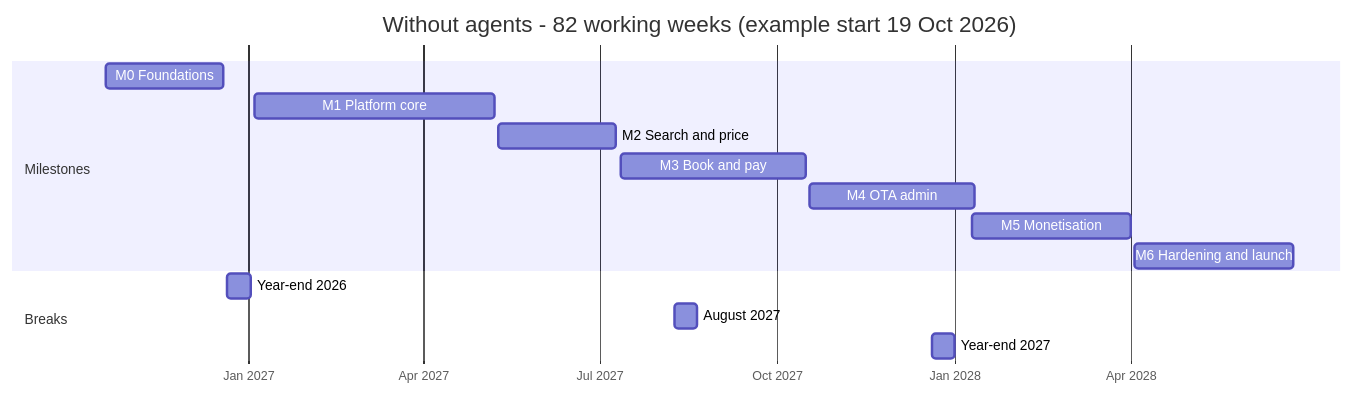
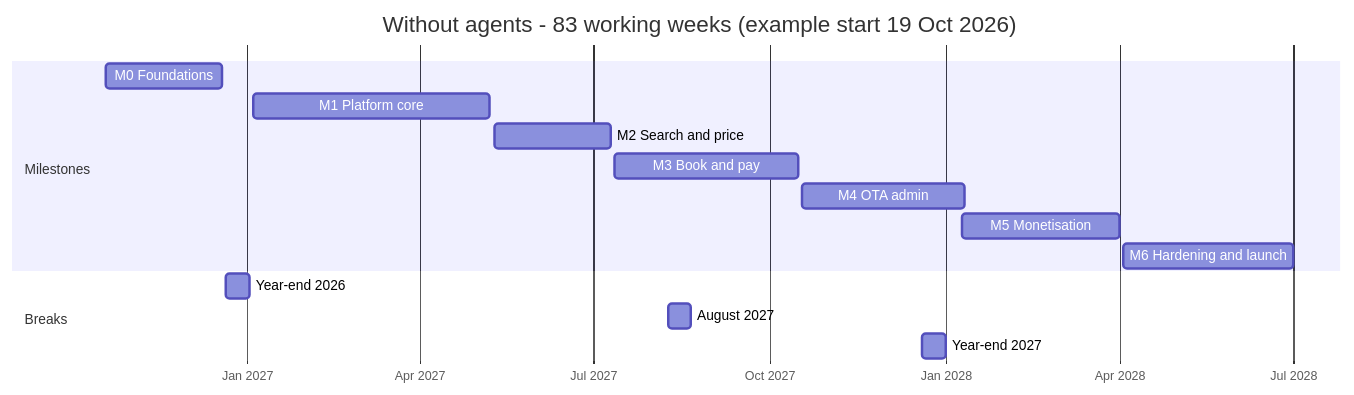
Before and after one commit to bhagwati-prasad/velexis-ota: the second of 3 diagrams in docs/mvp/plans/roadmap.md, drawn with Mermaid. The commit also changed other lines of this file and 30 other files, not shown here.

First line of the commit message:
fix: move X-043 after launch and plan this wave's new tasks, keep secrets out of Caddy's error log and unit start, name the WAF's argument refusal, and test the security-log units in CI

````diff
--- a/docs/mvp/plans/roadmap.md
+++ b/docs/mvp/plans/roadmap.md
@@ -150,18 +156,18 @@
 ```mermaid
 gantt
-  title Without agents - 82 working weeks (example start 19 Oct 2026)
+  title Without agents - 83 working weeks (example start 19 Oct 2026)
   dateFormat YYYY-MM-DD
   axisFormat %b %Y
   section Milestones
   M0 Foundations          :n0, 2026-10-19, 2026-12-19
   M1 Platform core        :n1, 2027-01-04, 2027-05-08
   M2 Search and price     :n2, 2027-05-10, 2027-07-10
   M3 Book and pay         :n3, 2027-07-12, 2027-10-16
   M4 OTA admin            :n4, 2027-10-18, 2028-01-11
   M5 Monetisation         :n5, 2028-01-10, 2028-04-01
-  M6 Hardening and launch :n6, 2028-04-03, 2028-06-24
+  M6 Hardening and launch :n6, 2028-04-03, 2028-07-01
   section Breaks
   Year-end 2026           :2026-12-21, 2027-01-02
   August 2027             :2027-08-09, 2027-08-21
   Year-end 2027           :2027-12-20, 2028-01-01
 ```
````
